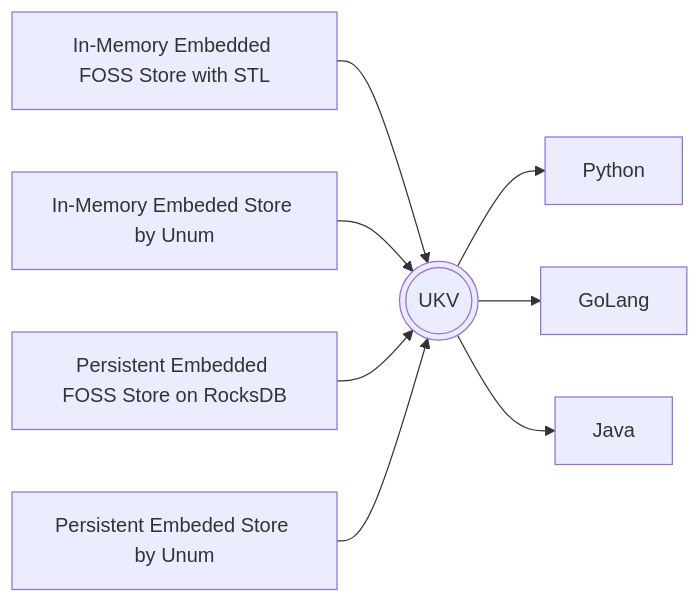
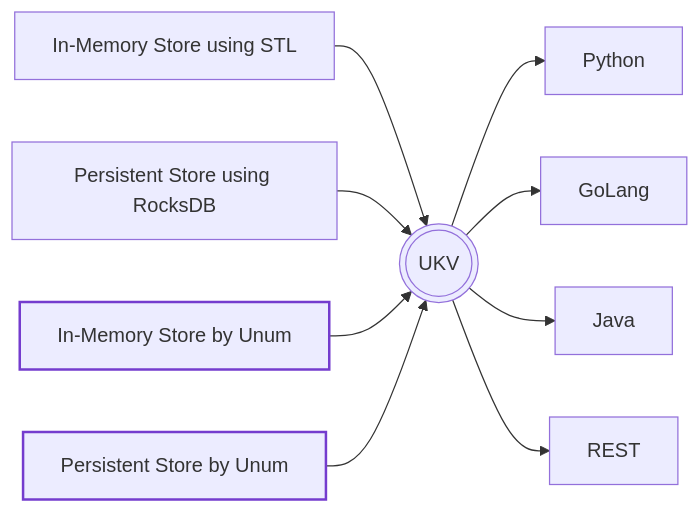
Before and after one commit to unum-cloud/ustore: the diagram in README.md, drawn with Mermaid.

Commit message:
Improved styling and diagram order

````diff
--- a/README.md
+++ b/README.md
@@ -5,22 +5,28 @@
 ```mermaid
 flowchart LR
   
   ukv(((UKV)))
 
-  id1[In-Memory Embedded FOSS Store with STL] --> ukv;
-  id2[In-Memory Embeded Store by Unum] --> ukv;
-  id3[Persistent Embedded FOSS Store on RocksDB] --> ukv;
-  id4[Persistent Embeded Store by Unum] --> ukv;
+  id1[In-Memory Store using STL] --> ukv;
+  id3[Persistent Store using RocksDB] --> ukv;
+  id2[In-Memory Store by Unum] --> ukv;
+  id4[Persistent Store by Unum] --> ukv;
   %% id5[In-Memory Distributed Store by Unum] --> ukv;
   %% id6[Persistent Distributed Store by Unum] --> ukv;
   
   %% id2 -.-> id5 
   %% id4 -.-> id6 
   
   ukv --> Python;
   ukv --> GoLang;
   ukv --> Java;
+  ukv --> REST;
+  
+  %% ukv --> SQL;
   %% ukv ---> Redis;
   %% ukv ---> Lucene;
   %% ukv ---> MongoDB;
+  
+  style id2 stroke:#743cce,stroke-width:2px;
+  style id4 stroke:#743cce,stroke-width:2px;
 ```
````
